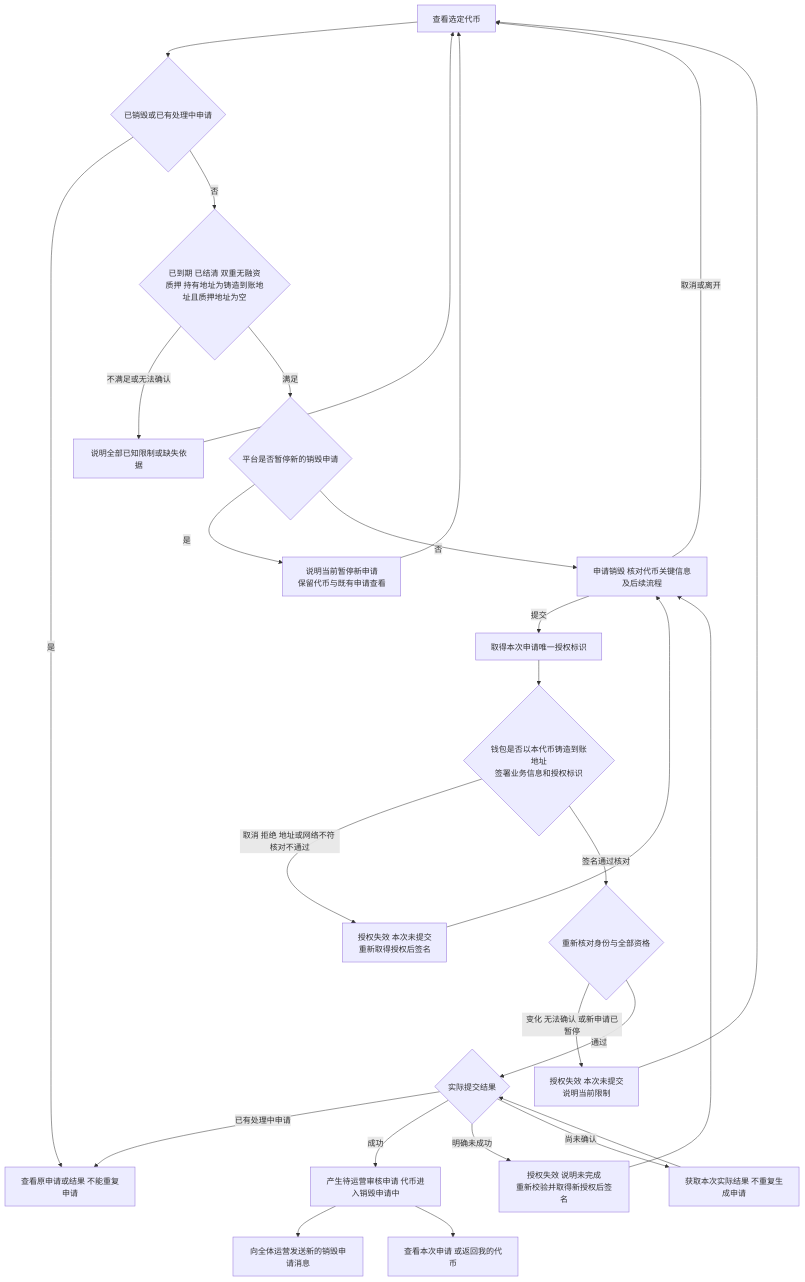
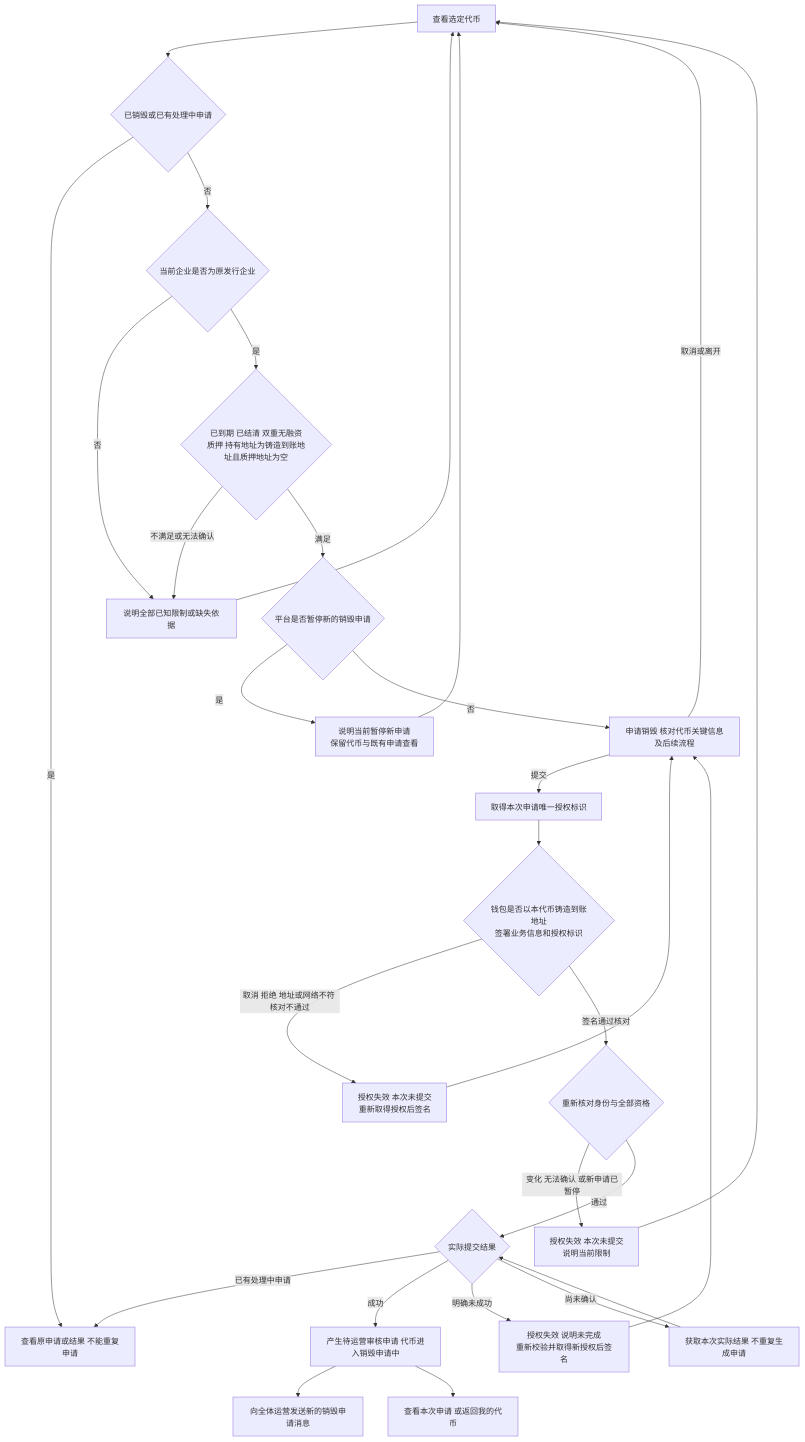
Before and after one commit to wxblockchain/Chain-Financing: the second of 4 diagrams in token-issuance-platform/PRD/面客端/M4a-我的代币与销毁申请/02-我的代币与销毁申请-流程图与状态机.md, drawn with Mermaid. The commit also changed other lines of this file and 5 other files, not shown here.

````diff
--- a/token-issuance-platform/PRD/面客端/M4a-我的代币与销毁申请/02-我的代币与销毁申请-流程图与状态机.md
+++ b/token-issuance-platform/PRD/面客端/M4a-我的代币与销毁申请/02-我的代币与销毁申请-流程图与状态机.md
@@ -42,29 +42,31 @@
 ```mermaid
 flowchart TD
     A[查看选定代币] --> B{已销毁或已有处理中申请}
     B -->|是| C[查看原申请或结果 不能重复申请]
-    B -->|否| D{已到期 已结清 双重无融资质押 持有地址为铸造到账地址且质押地址为空}
+    B -->|否| X{当前企业是否为原发行企业}
+    X -->|否| E[说明全部已知限制或缺失依据]
+    X -->|是| D{已到期 已结清 双重无融资质押 持有地址为铸造到账地址且质押地址为空}
     D -->|不满足或无法确认| E[说明全部已知限制或缺失依据]
     E --> A
     D -->|满足| P{平台是否暂停新的销毁申请}
     P -->|是| Q[说明当前暂停新申请<br/>保留代币与既有申请查看]
     Q --> A
     P -->|否| F[申请销毁 核对代币关键信息及后续流程]
     F -->|取消或离开| A
     F -->|提交| R[取得本次申请唯一授权标识]
     R --> S{钱包是否以本代币铸造到账地址<br/>签署业务信息和授权标识}
     S -->|取消 拒绝 地址或网络不符 核对不通过| T[授权失效 本次未提交<br/>重新取得授权后签名]
     T --> F
     S -->|签名通过核对| G{重新核对身份与全部资格}
     G -->|变化 无法确认 或新申请已暂停| H[授权失效 本次未提交<br/>说明当前限制]
     H --> A
     G -->|通过| I{实际提交结果}
     I -->|已有处理中申请| C
     I -->|成功| J[产生待运营审核申请 代币进入销毁申请中]
     J --> K[向全体运营发送新的销毁申请消息]
     J --> L[查看本次申请 或返回我的代币]
     I -->|明确未成功| M[授权失效 说明未完成<br/>重新校验并取得新授权后签名]
     M --> F
     I -->|尚未确认| N[获取本次实际结果 不重复生成申请]
     N --> I
 ```
````
